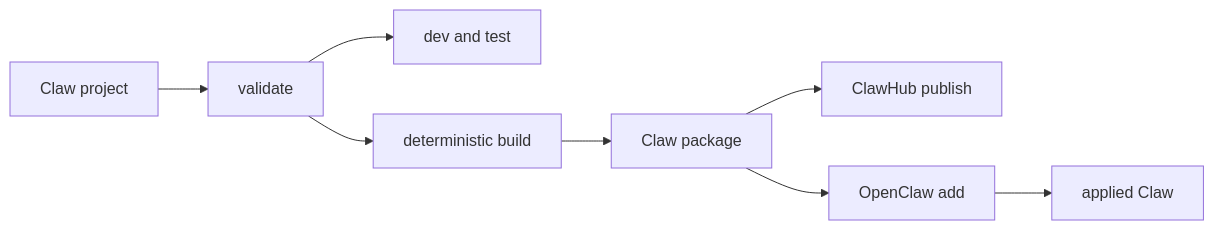
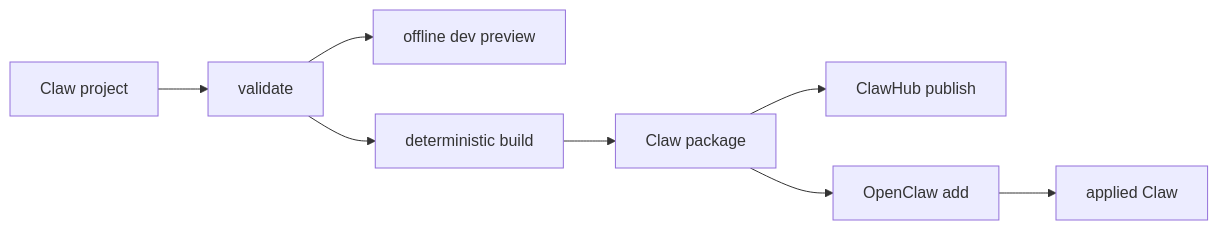
Before and after one commit to openclaw/rfcs: the diagram in rfcs/0016/claw-project-v1-spec.md, drawn with Mermaid. The commit also changed other lines of this file and 3 other files, not shown here.

````diff
--- a/rfcs/0016/claw-project-v1-spec.md
+++ b/rfcs/0016/claw-project-v1-spec.md
@@ -66,10 +66,10 @@
 ```mermaid
 flowchart LR
   Project[Claw project] --> Validate[validate]
-  Validate --> Dev[dev and test]
+  Validate --> Dev[offline dev preview]
   Validate --> Build[deterministic build]
   Build --> Package[Claw package]
   Package --> Publish[ClawHub publish]
   Package --> Add[OpenClaw add]
   Add --> Applied[applied Claw]
 ```
````
